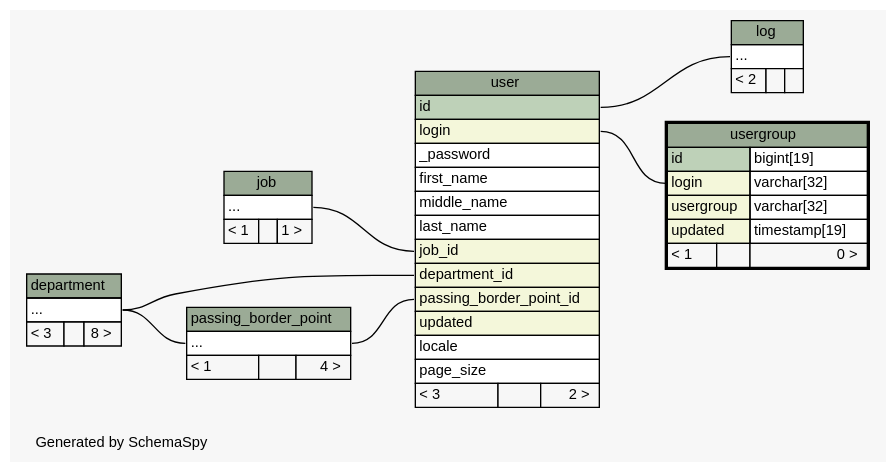
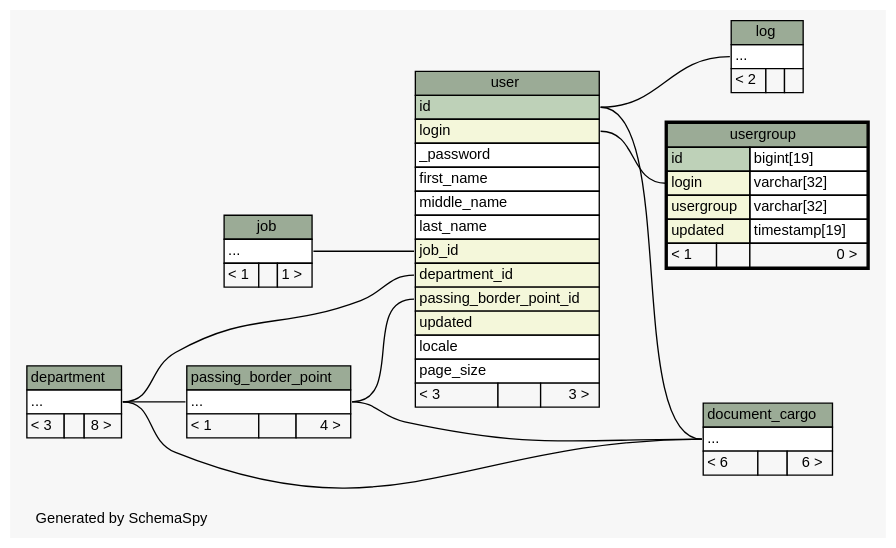
Before and after one commit to complitex/vetcontrol: the diagram in docs/db-schema/diagrams/usergroup.2degrees.dot, drawn with Graphviz. The commit also changed 141 other files, not shown here.

Commit message:
sql schema documentation was updated.

```diff
--- a/docs/db-schema/diagrams/usergroup.2degrees.dot
+++ b/docs/db-schema/diagrams/usergroup.2degrees.dot
@@ -1,102 +1,115 @@
 // dot 2.26.3 on Windows Vista 6.0
 // SchemaSpy rev 514
 digraph "twoDegreesRelationshipsDiagram" {
   graph [
     rankdir="RL"
     bgcolor="#f7f7f7"
     label="\nGenerated by SchemaSpy"
     labeljust="l"
     nodesep="0.18"
     ranksep="0.46"
     fontname="Helvetica"
     fontsize="11"
   ];
   node [
     fontname="Helvetica"
     fontsize="11"
     shape="plaintext"
   ];
   edge [
     arrowsize="0.8"
   ];
+  "document_cargo":"elipses":w -> "user":"id":e [arrowhead=none arrowtail=crowodot];
+  "document_cargo":"elipses":w -> "department":"elipses":e [arrowhead=none arrowtail=crowodot];
+  "document_cargo":"elipses":w -> "passing_border_point":"elipses":e [arrowhead=none arrowtail=crowodot];
   "log":"elipses":w -> "user":"id":e [arrowhead=none arrowtail=crowodot];
   "passing_border_point":"elipses":w -> "department":"elipses":e [arrowhead=none arrowtail=crowodot];
   "user":"department_id":w -> "department":"elipses":e [arrowhead=none arrowtail=crowodot];
   "user":"job_id":w -> "job":"elipses":e [arrowhead=none arrowtail=crowodot];
   "user":"passing_border_point_id":w -> "passing_border_point":"elipses":e [arrowhead=none arrowtail=crowodot];
   "usergroup":"login":w -> "user":"login":e [arrowhead=none arrowtail=crowodot];
   "department" [
     label=<
     <TABLE BORDER="0" CELLBORDER="1" CELLSPACING="0" BGCOLOR="#ffffff">
       <TR><TD COLSPAN="3" BGCOLOR="#9bab96" ALIGN="CENTER">department</TD></TR>
       <TR><TD PORT="elipses" COLSPAN="3" ALIGN="LEFT">...</TD></TR>
       <TR><TD ALIGN="LEFT" BGCOLOR="#f7f7f7">&lt; 3</TD><TD ALIGN="RIGHT" BGCOLOR="#f7f7f7">  </TD><TD ALIGN="RIGHT" BGCOLOR="#f7f7f7">8 &gt;</TD></TR>
     </TABLE>>
     URL="department.html"
     tooltip="department"
+  ];
+  "document_cargo" [
+    label=<
+    <TABLE BORDER="0" CELLBORDER="1" CELLSPACING="0" BGCOLOR="#ffffff">
+      <TR><TD COLSPAN="3" BGCOLOR="#9bab96" ALIGN="CENTER">document_cargo</TD></TR>
+      <TR><TD PORT="elipses" COLSPAN="3" ALIGN="LEFT">...</TD></TR>
+      <TR><TD ALIGN="LEFT" BGCOLOR="#f7f7f7">&lt; 6</TD><TD ALIGN="RIGHT" BGCOLOR="#f7f7f7">  </TD><TD ALIGN="RIGHT" BGCOLOR="#f7f7f7">6 &gt;</TD></TR>
+    </TABLE>>
+    URL="document_cargo.html"
+    tooltip="document_cargo"
   ];
   "job" [
     label=<
     <TABLE BORDER="0" CELLBORDER="1" CELLSPACING="0" BGCOLOR="#ffffff">
       <TR><TD COLSPAN="3" BGCOLOR="#9bab96" ALIGN="CENTER">job</TD></TR>
       <TR><TD PORT="elipses" COLSPAN="3" ALIGN="LEFT">...</TD></TR>
       <TR><TD ALIGN="LEFT" BGCOLOR="#f7f7f7">&lt; 1</TD><TD ALIGN="RIGHT" BGCOLOR="#f7f7f7">  </TD><TD ALIGN="RIGHT" BGCOLOR="#f7f7f7">1 &gt;</TD></TR>
     </TABLE>>
     URL="job.html"
     tooltip="job"
   ];
   "log" [
     label=<
     <TABLE BORDER="0" CELLBORDER="1" CELLSPACING="0" BGCOLOR="#ffffff">
       <TR><TD COLSPAN="3" BGCOLOR="#9bab96" ALIGN="CENTER">log</TD></TR>
       <TR><TD PORT="elipses" COLSPAN="3" ALIGN="LEFT">...</TD></TR>
       <TR><TD ALIGN="LEFT" BGCOLOR="#f7f7f7">&lt; 2</TD><TD ALIGN="RIGHT" BGCOLOR="#f7f7f7">  </TD><TD ALIGN="RIGHT" BGCOLOR="#f7f7f7">  </TD></TR>
     </TABLE>>
     URL="log.html"
     tooltip="log"
   ];
   "passing_border_point" [
     label=<
     <TABLE BORDER="0" CELLBORDER="1" CELLSPACING="0" BGCOLOR="#ffffff">
       <TR><TD COLSPAN="3" BGCOLOR="#9bab96" ALIGN="CENTER">passing_border_point</TD></TR>
       <TR><TD PORT="elipses" COLSPAN="3" ALIGN="LEFT">...</TD></TR>
       <TR><TD ALIGN="LEFT" BGCOLOR="#f7f7f7">&lt; 1</TD><TD ALIGN="RIGHT" BGCOLOR="#f7f7f7">  </TD><TD ALIGN="RIGHT" BGCOLOR="#f7f7f7">4 &gt;</TD></TR>
     </TABLE>>
     URL="passing_border_point.html"
     tooltip="passing_border_point"
   ];
   "user" [
     label=<
     <TABLE BORDER="0" CELLBORDER="1" CELLSPACING="0" BGCOLOR="#ffffff">
       <TR><TD COLSPAN="3" BGCOLOR="#9bab96" ALIGN="CENTER">user</TD></TR>
       <TR><TD PORT="id" COLSPAN="3" BGCOLOR="#bed1b8" ALIGN="LEFT">id</TD></TR>
       <TR><TD PORT="login" COLSPAN="3" BGCOLOR="#f4f7da" ALIGN="LEFT">login</TD></TR>
       <TR><TD PORT="_password" COLSPAN="3" ALIGN="LEFT">_password</TD></TR>
       <TR><TD PORT="first_name" COLSPAN="3" ALIGN="LEFT">first_name</TD></TR>
       <TR><TD PORT="middle_name" COLSPAN="3" ALIGN="LEFT">middle_name</TD></TR>
       <TR><TD PORT="last_name" COLSPAN="3" ALIGN="LEFT">last_name</TD></TR>
       <TR><TD PORT="job_id" COLSPAN="3" BGCOLOR="#f4f7da" ALIGN="LEFT">job_id</TD></TR>
       <TR><TD PORT="department_id" COLSPAN="3" BGCOLOR="#f4f7da" ALIGN="LEFT">department_id</TD></TR>
       <TR><TD PORT="passing_border_point_id" COLSPAN="3" BGCOLOR="#f4f7da" ALIGN="LEFT">passing_border_point_id</TD></TR>
       <TR><TD PORT="updated" COLSPAN="3" BGCOLOR="#f4f7da" ALIGN="LEFT">updated</TD></TR>
       <TR><TD PORT="locale" COLSPAN="3" ALIGN="LEFT">locale</TD></TR>
       <TR><TD PORT="page_size" COLSPAN="3" ALIGN="LEFT">page_size</TD></TR>
-      <TR><TD ALIGN="LEFT" BGCOLOR="#f7f7f7">&lt; 3</TD><TD ALIGN="RIGHT" BGCOLOR="#f7f7f7">  </TD><TD ALIGN="RIGHT" BGCOLOR="#f7f7f7">2 &gt;</TD></TR>
+      <TR><TD ALIGN="LEFT" BGCOLOR="#f7f7f7">&lt; 3</TD><TD ALIGN="RIGHT" BGCOLOR="#f7f7f7">  </TD><TD ALIGN="RIGHT" BGCOLOR="#f7f7f7">3 &gt;</TD></TR>
     </TABLE>>
     URL="user.html"
     tooltip="user"
   ];
   "usergroup" [
     label=<
     <TABLE BORDER="2" CELLBORDER="1" CELLSPACING="0" BGCOLOR="#ffffff">
       <TR><TD COLSPAN="3" BGCOLOR="#9bab96" ALIGN="CENTER">usergroup</TD></TR>
       <TR><TD PORT="id" COLSPAN="2" BGCOLOR="#bed1b8" ALIGN="LEFT">id</TD><TD PORT="id.type" ALIGN="LEFT">bigint[19]</TD></TR>
       <TR><TD PORT="login" COLSPAN="2" BGCOLOR="#f4f7da" ALIGN="LEFT">login</TD><TD PORT="login.type" ALIGN="LEFT">varchar[32]</TD></TR>
       <TR><TD PORT="usergroup" COLSPAN="2" BGCOLOR="#f4f7da" ALIGN="LEFT">usergroup</TD><TD PORT="usergroup.type" ALIGN="LEFT">varchar[32]</TD></TR>
       <TR><TD PORT="updated" COLSPAN="2" BGCOLOR="#f4f7da" ALIGN="LEFT">updated</TD><TD PORT="updated.type" ALIGN="LEFT">timestamp[19]</TD></TR>
       <TR><TD ALIGN="LEFT" BGCOLOR="#f7f7f7">&lt; 1</TD><TD ALIGN="RIGHT" BGCOLOR="#f7f7f7">  </TD><TD ALIGN="RIGHT" BGCOLOR="#f7f7f7">0 &gt;</TD></TR>
     </TABLE>>
     URL="usergroup.html"
     tooltip="usergroup"
   ];
 }
```
